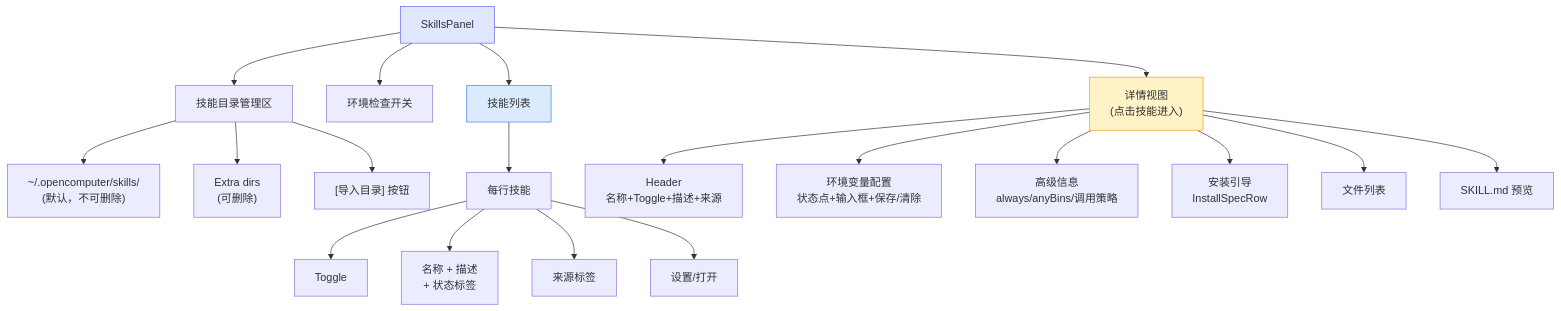
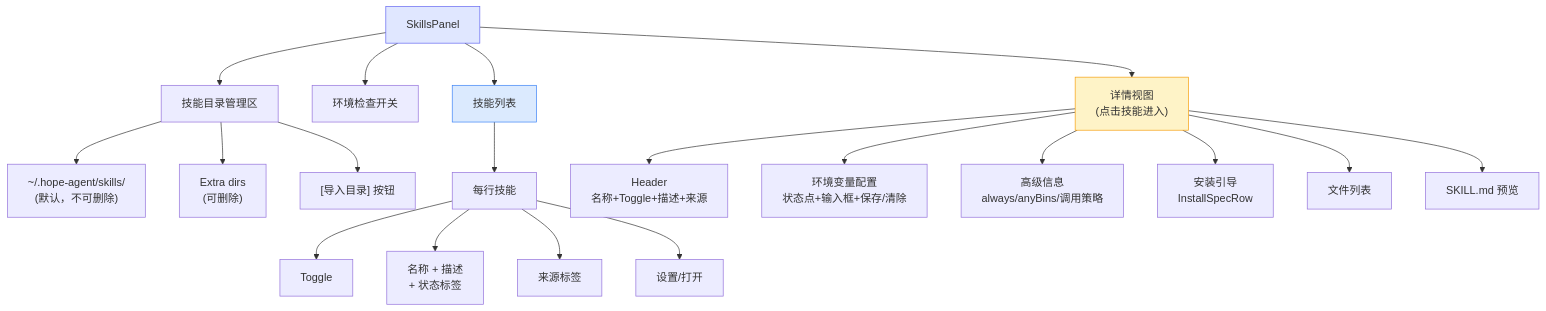
Diagram 15 of 18 in docs/architecture/skill-system.md (shiwenwen/hope-agent), drawn with Mermaid before and after one commit. The commit also changed other lines of this file and 727 other files, not shown here.

First line of the commit message:
chore(rename): OpenComputer → Hope Agent（随 0.1.0 首发一把切换）

````diff
--- a/docs/architecture/skill-system.md
+++ b/docs/architecture/skill-system.md
@@ -1308,30 +1308,30 @@
 ```mermaid
 graph TD
     SP["SkillsPanel"]
 
     SP --> DIR["技能目录管理区"]
-    DIR --> DIR1["~/.opencomputer/skills/<br/>(默认，不可删除)"]
+    DIR --> DIR1["~/.hope-agent/skills/<br/>(默认，不可删除)"]
     DIR --> DIR2["Extra dirs<br/>(可删除)"]
     DIR --> DIR3["[导入目录] 按钮"]
 
     SP --> ENV_TOGGLE["环境检查开关"]
 
     SP --> LIST["技能列表"]
     LIST --> ROW["每行技能"]
     ROW --> R1["Toggle"]
     ROW --> R2["名称 + 描述<br/>+ 状态标签"]
     ROW --> R3["来源标签"]
     ROW --> R4["设置/打开"]
 
     SP --> DETAIL["详情视图<br/>(点击技能进入)"]
     DETAIL --> D1["Header<br/>名称+Toggle+描述+来源"]
     DETAIL --> D2["环境变量配置<br/>状态点+输入框+保存/清除"]
     DETAIL --> D3["高级信息<br/>always/anyBins/调用策略"]
     DETAIL --> D4["安装引导<br/>InstallSpecRow"]
     DETAIL --> D5["文件列表"]
     DETAIL --> D6["SKILL.md 预览"]
 
     style SP fill:#e0e7ff,stroke:#6366f1
     style LIST fill:#dbeafe,stroke:#3b82f6
     style DETAIL fill:#fef3c7,stroke:#f59e0b
 ```
````
